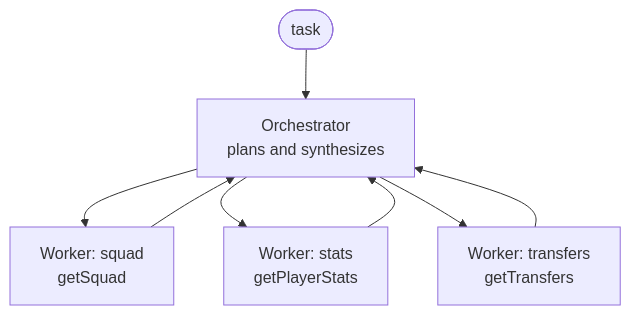
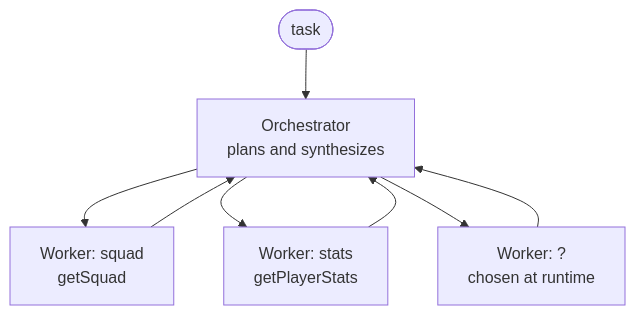
Before and after one commit to xkondix/ai-agents-JAVA-SPRING: the fifth of 5 diagrams in PATTERNS.md, drawn with Mermaid. The commit also changed other lines of this file and 16 other files, not shown here.

````diff
--- a/PATTERNS.md
+++ b/PATTERNS.md
@@ -144,10 +199,10 @@
 ```mermaid
 flowchart TB
     IN([task]) --> O[Orchestrator<br/>plans and synthesizes]
     O --> W1[Worker: squad<br/>getSquad]
     O --> W2[Worker: stats<br/>getPlayerStats]
-    O --> W3[Worker: transfers<br/>getTransfers]
+    O --> W3[Worker: ?<br/>chosen at runtime]
     W1 --> O
     W2 --> O
     W3 --> O
 ```
````
